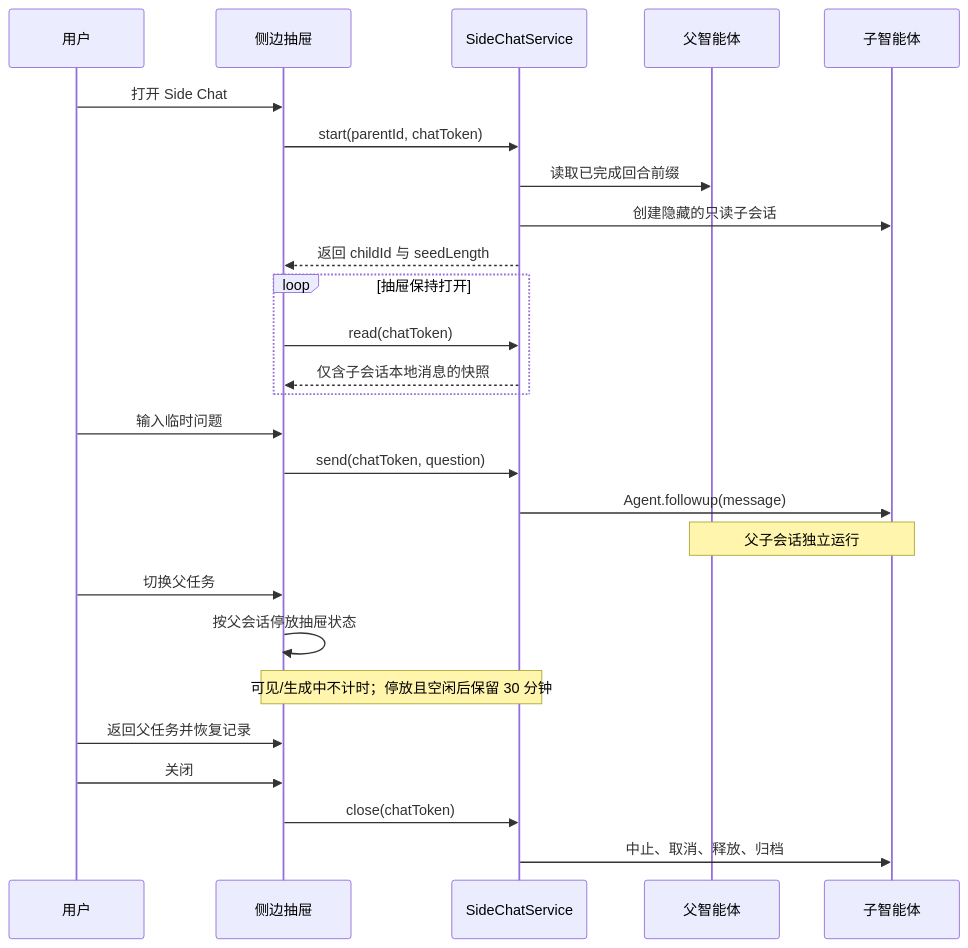
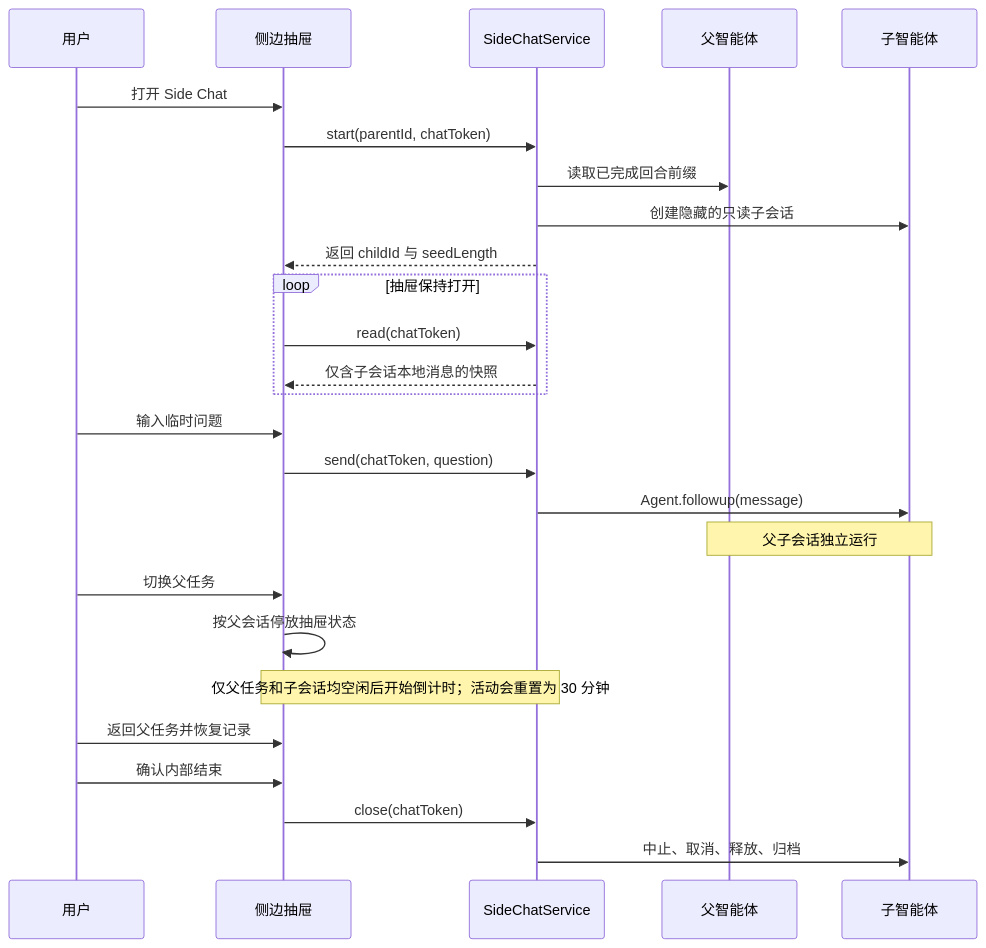
The diagram in README.zh.md (Lukeknow0/dsh-side-chat), drawn with Mermaid before and after one commit. The commit also changed other lines of this file and 5 other files, not shown here.

````diff
--- a/README.zh.md
+++ b/README.zh.md
@@ -110,29 +110,29 @@
 ```mermaid
 sequenceDiagram
   participant U as 用户
   participant D as 侧边抽屉
   participant H as SideChatService
   participant P as 父智能体
   participant C as 子智能体
 
   U->>D: 打开 Side Chat
   D->>H: start(parentId, chatToken)
   H->>P: 读取已完成回合前缀
   H->>C: 创建隐藏的只读子会话
   H-->>D: 返回 childId 与 seedLength
   loop 抽屉保持打开
     D->>H: read(chatToken)
     H-->>D: 仅含子会话本地消息的快照
   end
   U->>D: 输入临时问题
   D->>H: send(chatToken, question)
   H->>C: Agent.followup(message)
   Note over P,C: 父子会话独立运行
   U->>D: 切换父任务
   D->>D: 按父会话停放抽屉状态
-  Note over D,H: 可见/生成中不计时；停放且空闲后保留 30 分钟
+  Note over D,H: 仅父任务和子会话均空闲后开始倒计时；活动会重置为 30 分钟
   U->>D: 返回父任务并恢复记录
-  U->>D: 关闭
+  U->>D: 确认内部结束
   D->>H: close(chatToken)
   H->>C: 中止、取消、释放、归档
 ```
````
